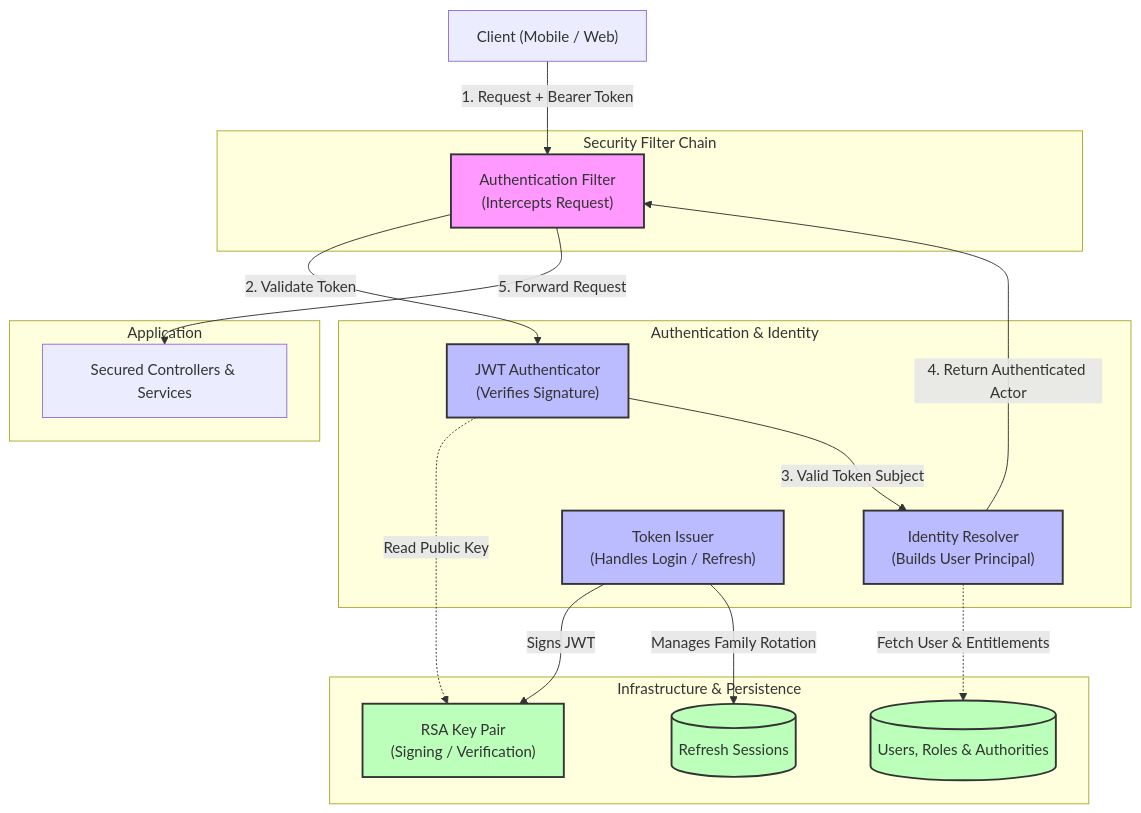
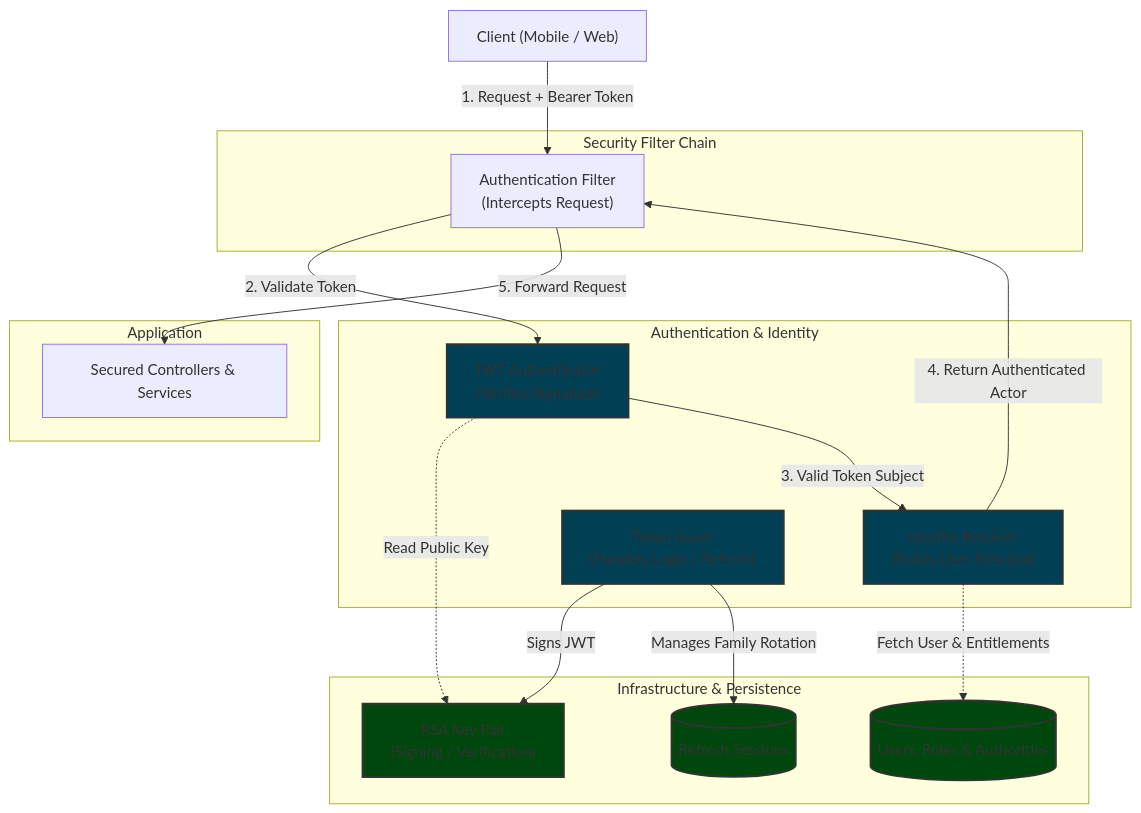
One commit to khinemyaezin/grab changed the first of 7 diagrams in docs/identity/architecture/DGR_002-Identity_module_architecture.md. Above: the diagram before and after it, drawn with Mermaid. The commit also changed 74 other files, not shown here.

Commit message:
refactor: redesign identity security architecture and lookup services while removing deprecated modules and documentation

````diff
--- a/docs/identity/architecture/DGR_002-Identity_module_architecture.md
+++ b/docs/identity/architecture/DGR_002-Identity_module_architecture.md
@@ -9,51 +9,50 @@
 ```mermaid
 flowchart TD
     Client["Client (Mobile / Web)"]
 
     %% --- Key Components ---
     subgraph FilterLayer["Security Filter Chain"]
         AuthFilter["Authentication Filter\n(Intercepts Request)"]
     end
 
     subgraph AuthLayer["Authentication & Identity"]
         JwtAuth["JWT Authenticator\n(Verifies Signature)"]
         IdentityResolver["Identity Resolver\n(Builds User Principal)"]
         TokenIssuer["Token Issuer\n(Handles Login / Refresh)"]
     end
 
     subgraph DataLayer["Infrastructure & Persistence"]
         KeyConfig["RSA Key Pair\n(Signing / Verification)"]
         UserDB[(Users, Roles & Authorities)]
         SessionDB[(Refresh Sessions)]
     end
 
     subgraph AppLayer["Application"]
         Controllers["Secured Controllers & Services"]
     end
 
     %% --- Token Issuance Flow ---
     TokenIssuer -- "Signs JWT" --> KeyConfig
     TokenIssuer -- "Manages Family Rotation" --> SessionDB
 
     %% --- API Request Flow ---
     Client -- "1. Request + Bearer Token" --> AuthFilter
     
     AuthFilter -- "2. Validate Token" --> JwtAuth
     JwtAuth -. "Read Public Key" .-> KeyConfig
     JwtAuth -- "3. Valid Token Subject" --> IdentityResolver
     
     IdentityResolver -. "Fetch User & Entitlements" .-> UserDB
     IdentityResolver -- "4. Return Authenticated Actor" --> AuthFilter
     
     AuthFilter -- "5. Forward Request" --> Controllers
     
     %% Styling for clarity
-    classDef filter fill:#f9f,stroke:#333,stroke-width:2px;
-    classDef auth fill:#bbf,stroke:#333,stroke-width:2px;
-    classDef db fill:#bfb,stroke:#333,stroke-width:2px;
+    classDef auth fill:#003F54,stroke:#333,stroke-width:2px;
+    classDef db fill:#00470E,stroke:#333,stroke-width:2px;
     
     class AuthFilter filter;
     class JwtAuth,IdentityResolver,TokenIssuer auth;
     class UserDB,SessionDB,KeyConfig db;
 
 ```
````
